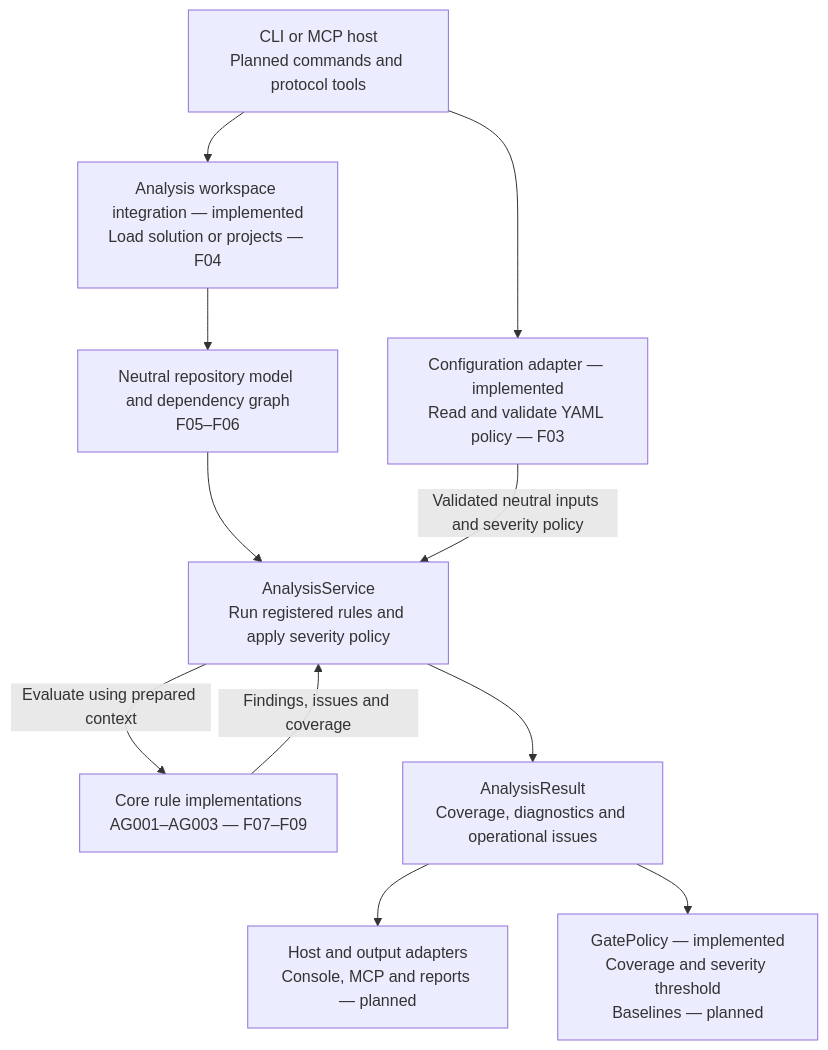
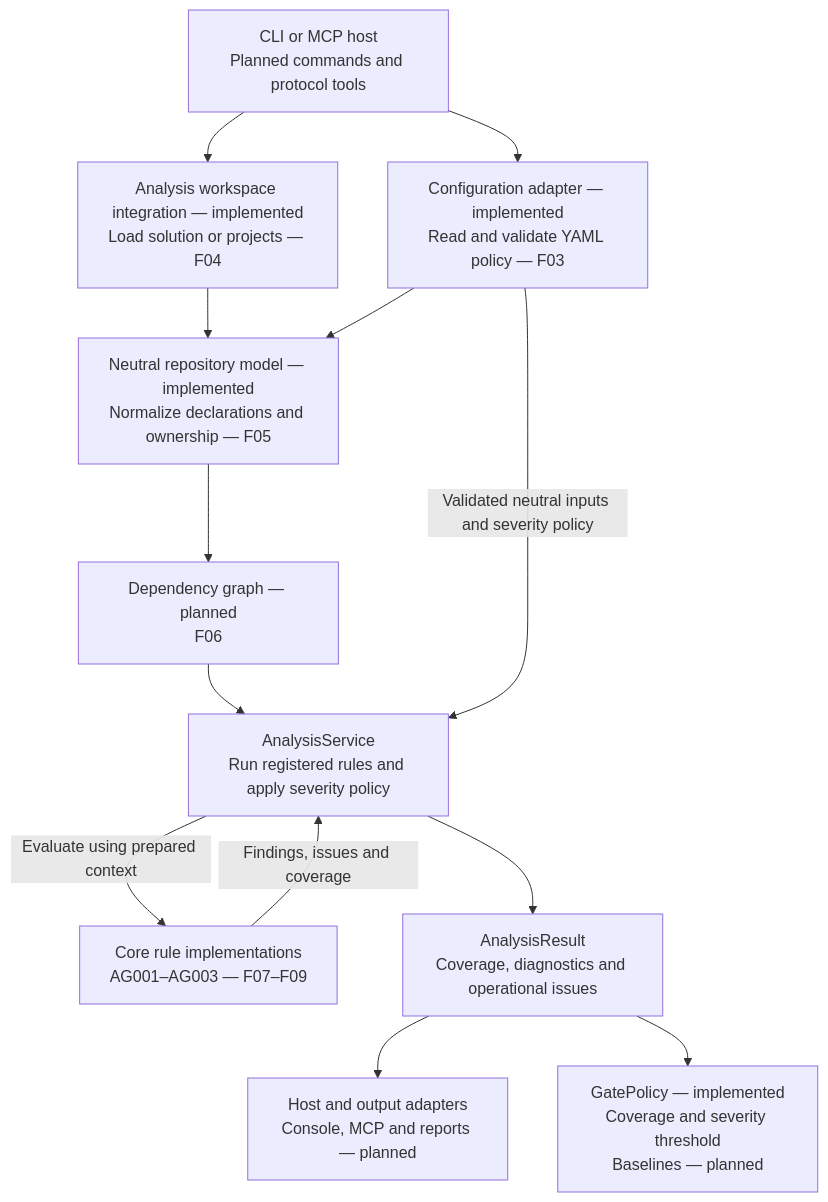
The second of 3 diagrams in docs/architecture/overview.md (kbourzayq/arch-guard), drawn with Mermaid before and after one commit. The commit also changed other lines of this file and 41 other files, not shown here.

Commit message:
feat(analysis): implement F05 normalized repository model

````diff
--- a/docs/architecture/overview.md
+++ b/docs/architecture/overview.md
@@ -120,23 +125,26 @@
 ```mermaid
 flowchart TD
     Host["CLI or MCP host<br/>Planned commands and protocol tools"]
     Configuration["Configuration adapter — implemented<br/>Read and validate YAML policy — F03"]
     Workspace["Analysis workspace integration — implemented<br/>Load solution or projects — F04"]
-    Context["Neutral repository model and dependency graph<br/>F05–F06"]
+    Context["Neutral repository model — implemented<br/>Normalize declarations and ownership — F05"]
+    Graph["Dependency graph — planned<br/>F06"]
     Service["AnalysisService<br/>Run registered rules and apply severity policy"]
     Rules["Core rule implementations<br/>AG001–AG003 — F07–F09"]
     Result["AnalysisResult<br/>Coverage, diagnostics and operational issues"]
     Output["Host and output adapters<br/>Console, MCP and reports — planned"]
     Gate["GatePolicy — implemented<br/>Coverage and severity threshold<br/>Baselines — planned"]
 
     Host --> Configuration
     Host --> Workspace
     Workspace --> Context
-    Context --> Service
+    Configuration --> Context
+    Context --> Graph
+    Graph --> Service
     Configuration -->|"Validated neutral inputs and severity policy"| Service
     Service -->|"Evaluate using prepared context"| Rules
     Rules -->|"Findings, issues and coverage"| Service
     Service --> Result
     Result --> Output
     Result --> Gate
 ```
````
